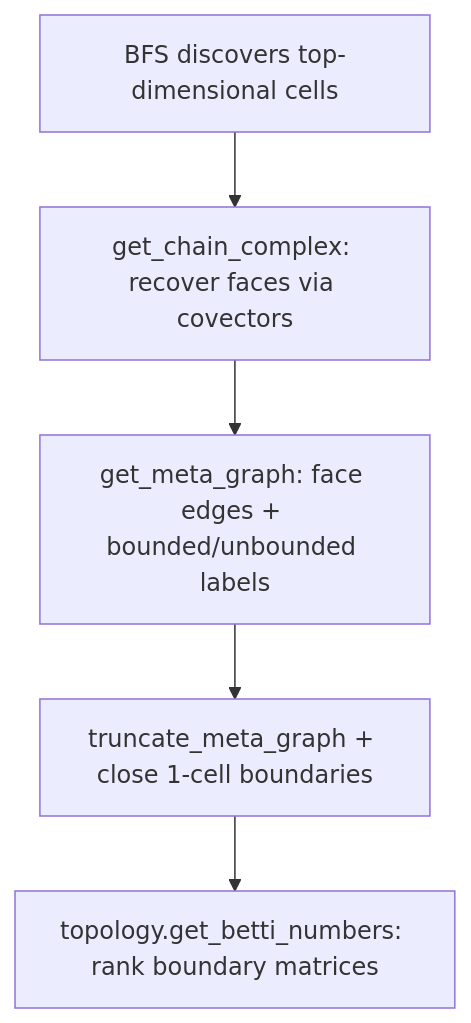
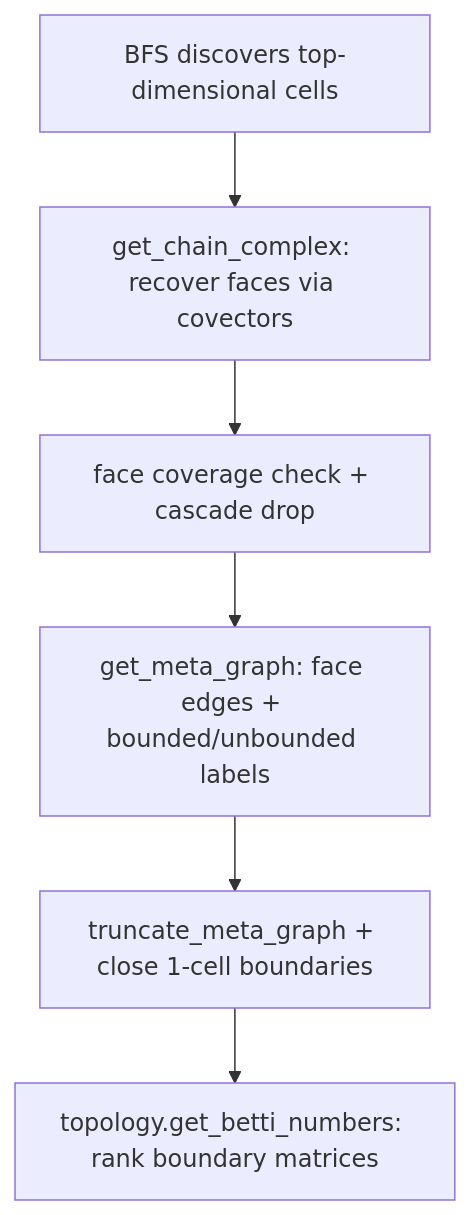
The diagram in docs/betti_computation.md (bl-ake/relucent), drawn with Mermaid before and after one commit. The commit also changed other lines of this file and 8 other files, not shown here.

````diff
--- a/docs/betti_computation.md
+++ b/docs/betti_computation.md
@@ -22,10 +26,11 @@
 ```mermaid
 flowchart TD
     search["BFS discovers top-dimensional cells"]
     chain["get_chain_complex: recover faces via covectors"]
+    cover["face coverage check + cascade drop"]
     meta["get_meta_graph: face edges + bounded/unbounded labels"]
     trunc["truncate_meta_graph + close 1-cell boundaries"]
     rank["topology.get_betti_numbers: rank boundary matrices"]
 
-    search --> chain --> meta --> trunc --> rank
+    search --> chain --> cover --> meta --> trunc --> rank
 ```
````
